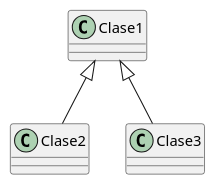
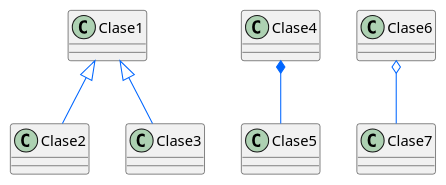
The diagram in uml/diagrama5.puml (Espadv69/uml-begginer), drawn with PlantUML before and after one commit.

Commit message:
Update: arrows

```diff
--- a/uml/diagrama5.puml
+++ b/uml/diagrama5.puml
@@ -1,6 +1,8 @@
 @startuml diagrama5
 
-    Clase1 <|-- Clase2
-    Clase1 <|-- Clase3
+    Clase1 <|-[#0066ff]- Clase2
+    Clase1 <|-[#0066ff]- Clase3
+    Clase4 *-[#0066ff]- Clase5
+    Clase6 o-[#0066ff]- Clase7
 
 @enduml
```
